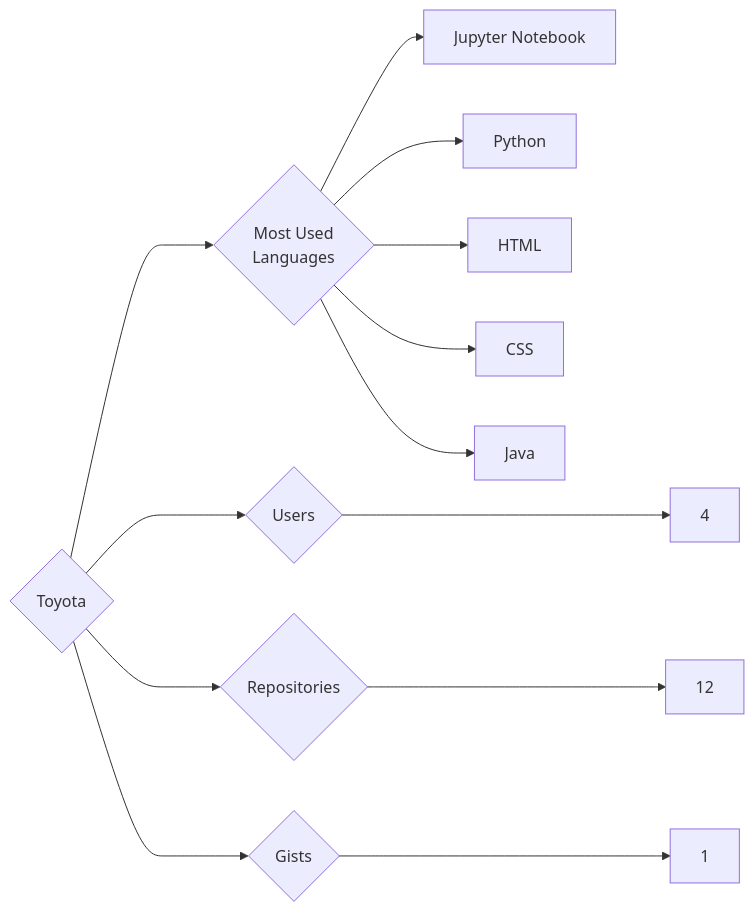
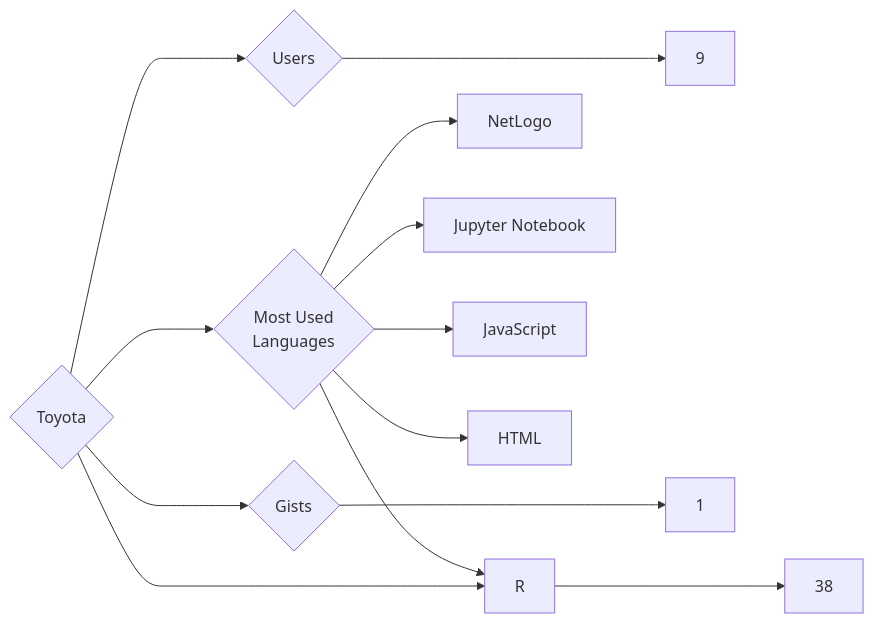
The diagram in targets/Toyota/README.md (trickest/insiders), drawn with Mermaid before and after one commit. The commit also changed 823 other files, not shown here.

````diff
--- a/targets/Toyota/README.md
+++ b/targets/Toyota/README.md
@@ -3,13 +3,13 @@
 ```mermaid
 graph LR
 COMPANY_NAME{Toyota}
-COMPANY_NAME ---> U{Users} ---> UN[4]
-COMPANY_NAME ---> R{Repositories} ---> RN[12]
+COMPANY_NAME ---> U{Users} ---> UN[9]
+COMPANY_NAME ---> R{Repositories} ---> RN[38]
 COMPANY_NAME ---> G{Gists} ---> GN[1]
 COMPANY_NAME ---> ML{Most Used<br>Languages}
+ML --> NetLogo[NetLogo]
 ML --> Jupyter_Notebook[Jupyter Notebook]
-ML --> Python[Python]
+ML --> JavaScript[JavaScript]
 ML --> HTML[HTML]
-ML --> CSS[CSS]
-ML --> Java[Java]
+ML --> R[R]
 ```
````
